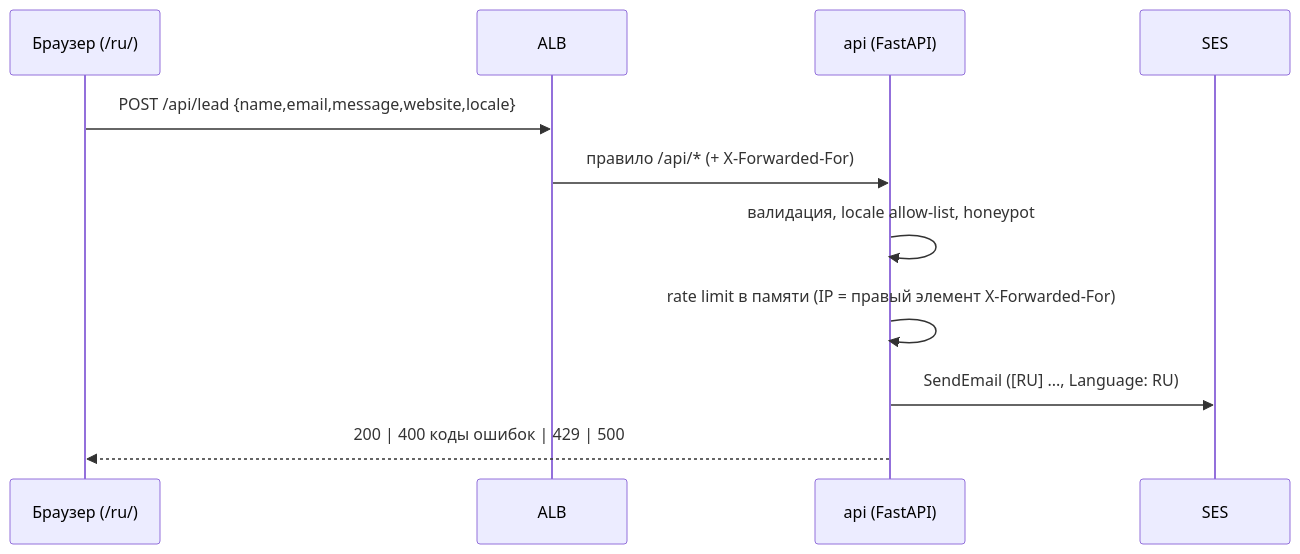
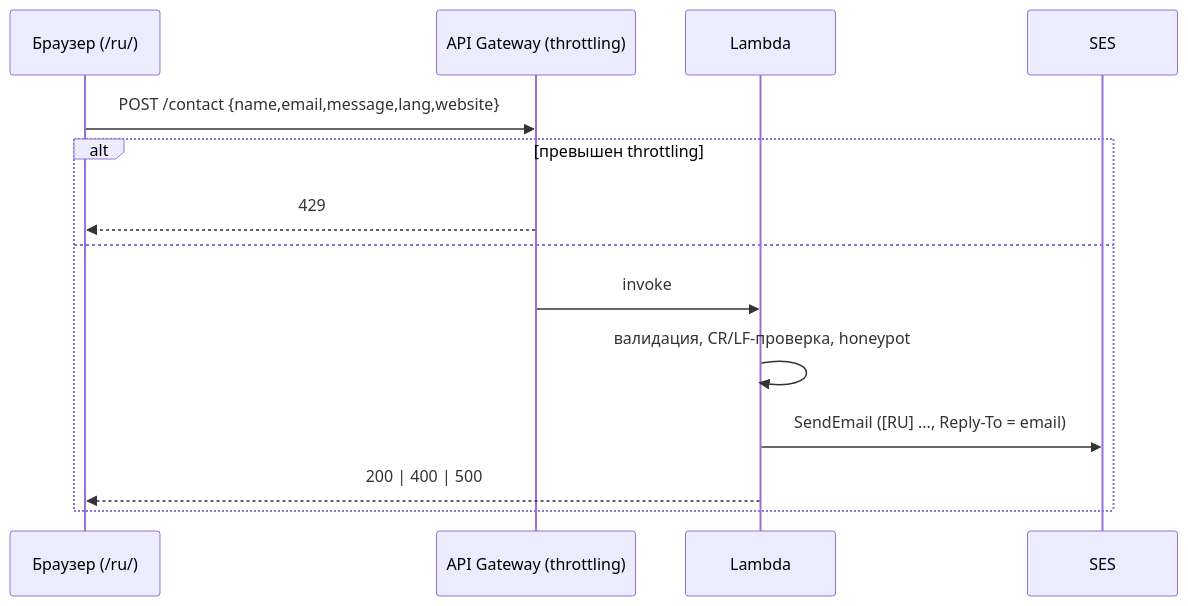
One commit to emustapaev/test1 changed the third of 4 diagrams in docs/architecture.md. Above: the diagram before and after it, drawn with Mermaid. The commit also changed other lines of this file and 5 other files, not shown here.

First line of the commit message:
ADR 0007 и architecture.md: serverless-архитектура v5, контракт POST /contact (#131)

````diff
--- a/docs/architecture.md
+++ b/docs/architecture.md
@@ -77,13 +77,16 @@
 ```mermaid
 sequenceDiagram
     participant B as Браузер (/ru/)
-    participant A as ALB
-    participant P as api (FastAPI)
+    participant G as API Gateway (throttling)
+    participant L as Lambda
     participant S as SES
-    B->>A: POST /api/lead {name,email,message,website,locale}
-    A->>P: правило /api/* (+ X-Forwarded-For)
-    P->>P: валидация, locale allow-list, honeypot
-    P->>P: rate limit в памяти (IP = правый элемент X-Forwarded-For)
-    P->>S: SendEmail ([RU] ..., Language: RU)
-    P-->>B: 200 | 400 коды ошибок | 429 | 500
+    B->>G: POST /contact {name,email,message,lang,website}
+    alt превышен throttling
+        G-->>B: 429
+    else
+        G->>L: invoke
+        L->>L: валидация, CR/LF-проверка, honeypot
+        L->>S: SendEmail ([RU] ..., Reply-To = email)
+        L-->>B: 200 | 400 | 500
+    end
 ```
````
